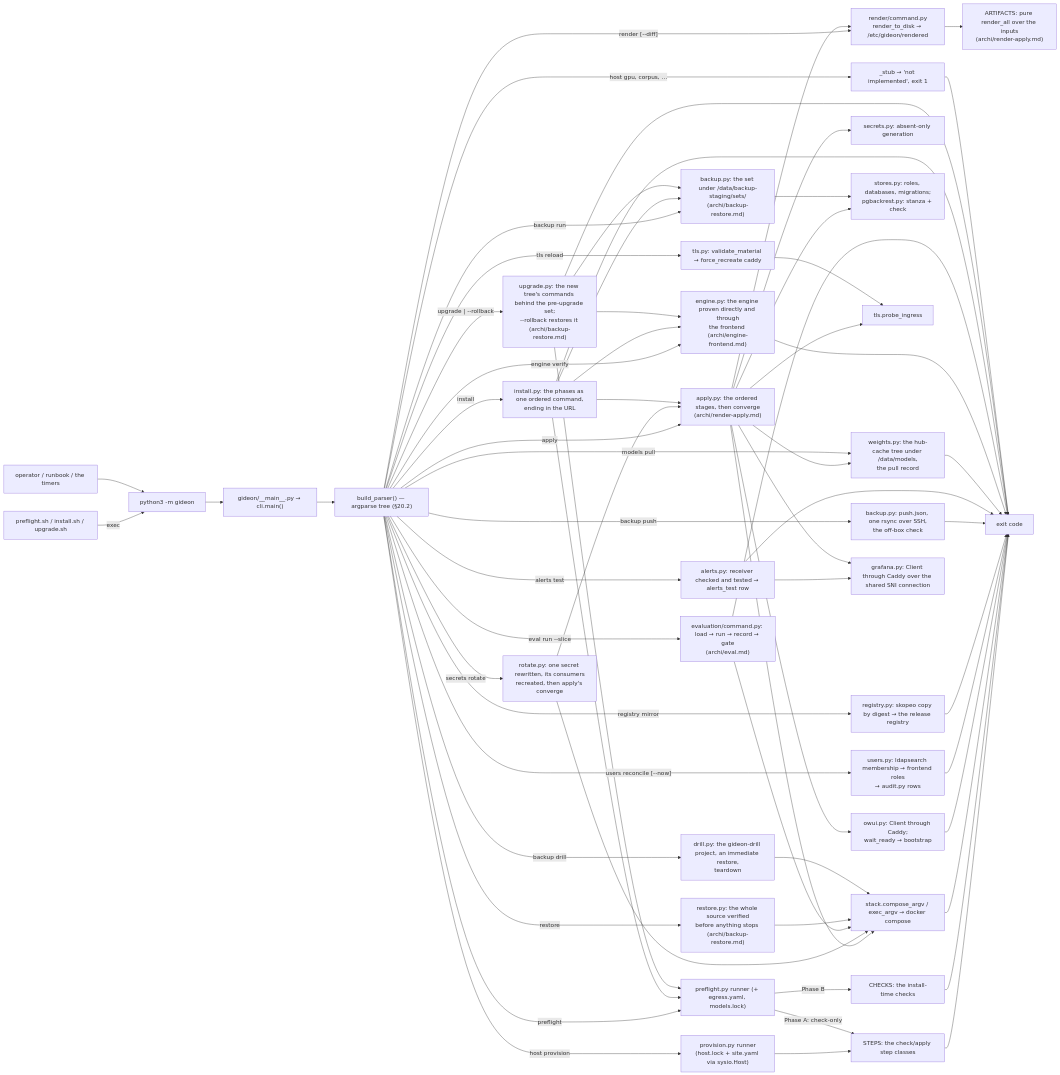
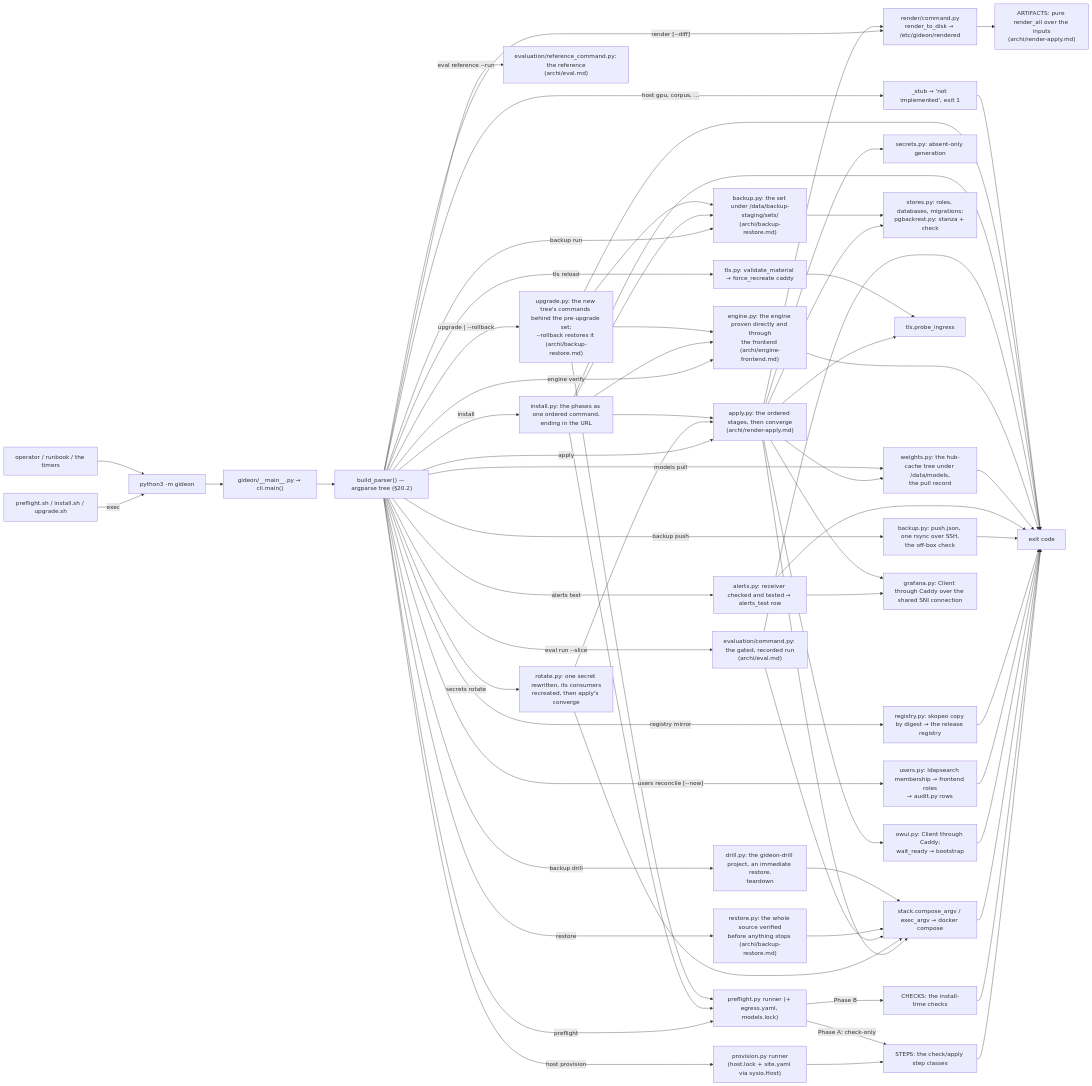
The diagram in docs/ARCHI.md (TNMD-FDO/GIDEON), drawn with Mermaid before and after one commit. The commit also changed other lines of this file and 58 other files, not shown here.

````diff
--- a/docs/ARCHI.md
+++ b/docs/ARCHI.md
@@ -212,54 +212,55 @@
 ```mermaid
 flowchart LR
     A["preflight.sh / install.sh / upgrade.sh"] -->|exec| B["python3 -m gideon"]
     C["operator / runbook / the timers"] --> B
     B --> D["gideon/__main__.py → cli.main()"]
     D --> E["build_parser() — argparse tree (§20.2)"]
     E -->|"host provision"| F["provision.py runner<br/>(host.lock + site.yaml via sysio.Host)"]
     F --> I["STEPS: the check/apply step classes"]
     E -->|"preflight"| K["preflight.py runner (+ egress.yaml, models.lock)"]
     K -->|"Phase A: check-only"| I
     K -->|"Phase B"| L["CHECKS: the install-time checks"]
     E -->|"render [--diff]"| R["render/command.py<br/>render_to_disk → /etc/gideon/rendered"]
     R --> RA["ARTIFACTS: pure render_all over the inputs<br/>(archi/render-apply.md)"]
     E -->|"apply"| AP["apply.py: the ordered stages, then converge<br/>(archi/render-apply.md)"]
     AP --> SE["secrets.py: absent-only generation"]
     AP --> R
     AP --> ST["stack.compose_argv / exec_argv → docker compose"]
     AP --> SO["stores.py: roles, databases, migrations;<br/>pgbackrest.py: stanza + check"]
     AP --> OW["owui.py: Client through Caddy;<br/>wait_ready → bootstrap"]
     AP --> TP["tls.probe_ingress"]
     AP --> W["weights.py: the hub-cache tree under /data/models,<br/>the pull record"]
     E -->|"models pull"| W
     E -->|"secrets rotate <name>"| RO["rotate.py: one secret rewritten, its consumers<br/>recreated, then apply's converge"]
     RO --> ST
     RO --> AP
     E -->|"engine verify"| EV["engine.py: the engine proven directly and through<br/>the frontend (archi/engine-frontend.md)"]
     E -->|"tls reload"| T["tls.py: validate_material → force_recreate caddy"]
     T --> TP
     E -->|"registry mirror"| M["registry.py: skopeo copy by digest → the release registry"]
-    E -->|"eval run --slice <name>"| ER["evaluation/command.py: load → run → record → gate<br/>(archi/eval.md)"]
+    E -->|"eval run --slice <name>"| ER["evaluation/command.py: the gated, recorded run<br/>(archi/eval.md)"]
+    E -->|"eval reference --run <id>"| EF["evaluation/reference_command.py: the reference<br/>(archi/eval.md)"]
     ER --> ST
     E -->|"users reconcile [--now]"| U["users.py: ldapsearch membership → frontend roles<br/>→ audit.py rows"]
     E -->|"backup run"| BR["backup.py: the set under /data/backup-staging/sets/<br/>(archi/backup-restore.md)"]
     E -->|"backup push"| BP["backup.py: push.json, one rsync over SSH,<br/>the off-box check"]
     E -->|"restore"| RS["restore.py: the whole source verified<br/>before anything stops (archi/backup-restore.md)"]
     E -->|"backup drill"| DR["drill.py: the gideon-drill project, an immediate restore,<br/>teardown"]
     E -->|"alerts test"| AL["alerts.py: receiver checked and tested → alerts_test row"]
     AL --> GR["grafana.py: Client through Caddy over the shared SNI connection"]
     AP --> GR
     BR --> SO
     RS --> ST
     DR --> ST
     E -->|"install"| IN["install.py: the phases as one ordered command,<br/>ending in the URL"]
     E -->|"upgrade <tag> | --rollback"| UP["upgrade.py: the new tree's commands behind the pre-upgrade set;<br/>--rollback restores it (archi/backup-restore.md)"]
     IN --> K
     IN --> AP
     IN --> BR
     IN --> EV
     UP --> K
     UP --> BR
     UP --> EV
     E -->|"host gpu, corpus, …"| G["_stub → 'not implemented', exit 1"]
     I & L & ST & OW & U & M & BP & AL & W & EV & ER & IN & UP & G --> H["exit code"]
 ```
````
